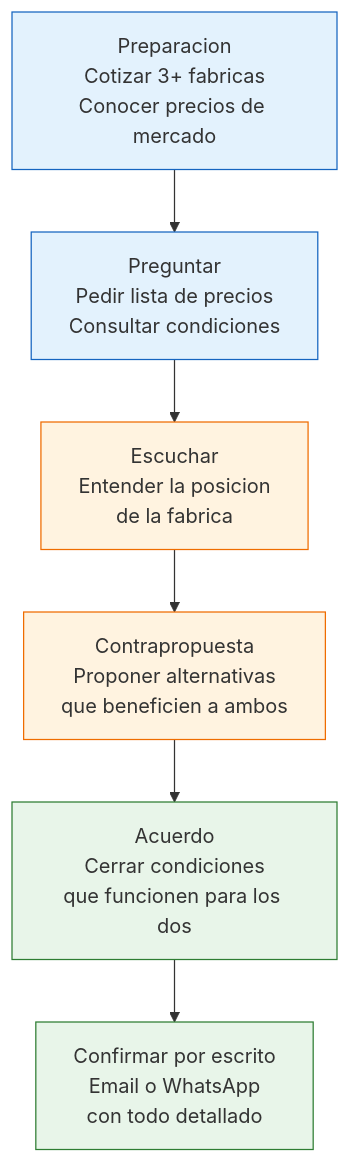
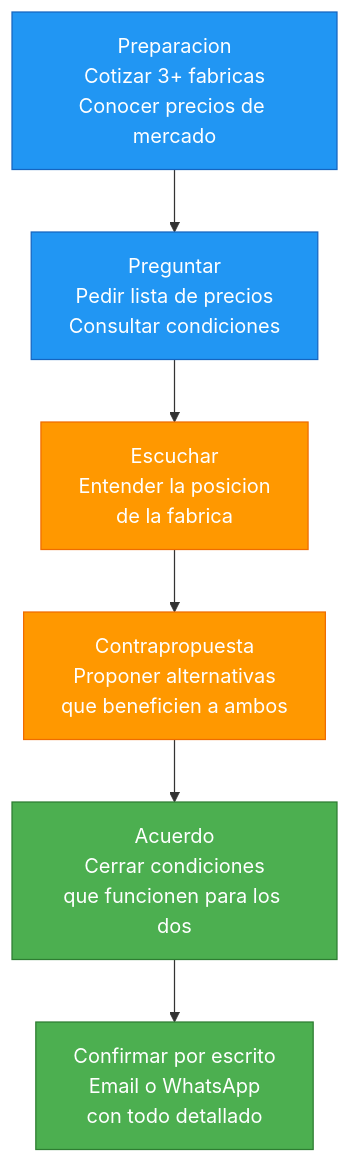
Before and after one commit to barrosignacioezequiel-coder/docs: the diagram in app/paso1-argentina/evaluar-negociar/negociar-precios-condiciones.mdx, drawn with Mermaid. The commit also changed 66 other files, not shown here.

First line of the commit message:
fix: resolve Mermaid v11 numbered list errors + improve contrast

````diff
--- a/app/paso1-argentina/evaluar-negociar/negociar-precios-condiciones.mdx
+++ b/app/paso1-argentina/evaluar-negociar/negociar-precios-condiciones.mdx
@@ -96,15 +96,15 @@
 ```mermaid
 graph TD
     A["Preparacion<br/>Cotizar 3+ fabricas<br/>Conocer precios de mercado"] --> B["Preguntar<br/>Pedir lista de precios<br/>Consultar condiciones"]
     B --> C["Escuchar<br/>Entender la posicion<br/>de la fabrica"]
     C --> D["Contrapropuesta<br/>Proponer alternativas<br/>que beneficien a ambos"]
     D --> E["Acuerdo<br/>Cerrar condiciones<br/>que funcionen para los dos"]
     E --> F["Confirmar por escrito<br/>Email o WhatsApp<br/>con todo detallado"]
 
-    style A fill:#e3f2fd,stroke:#1565c0
-    style B fill:#e3f2fd,stroke:#1565c0
-    style C fill:#fff3e0,stroke:#ef6c00
-    style D fill:#fff3e0,stroke:#ef6c00
-    style E fill:#e8f5e9,stroke:#2e7d32
-    style F fill:#e8f5e9,stroke:#2e7d32
+    style A fill:#2196f3,stroke:#1565c0,color:#fff
+    style B fill:#2196f3,stroke:#1565c0,color:#fff
+    style C fill:#ff9800,stroke:#ef6c00,color:#fff
+    style D fill:#ff9800,stroke:#ef6c00,color:#fff
+    style E fill:#4caf50,stroke:#2e7d32,color:#fff
+    style F fill:#4caf50,stroke:#2e7d32,color:#fff
 ```
````
